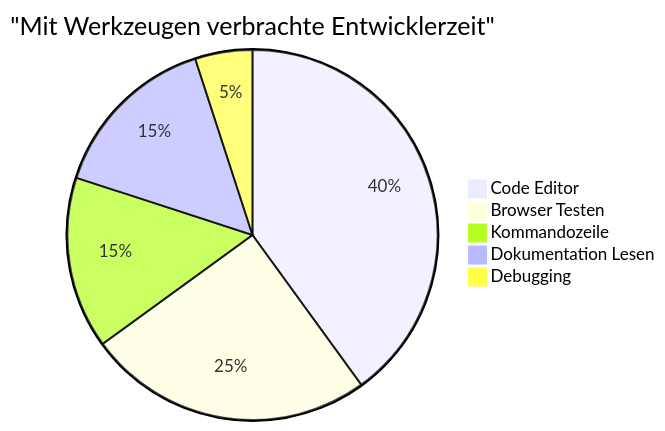
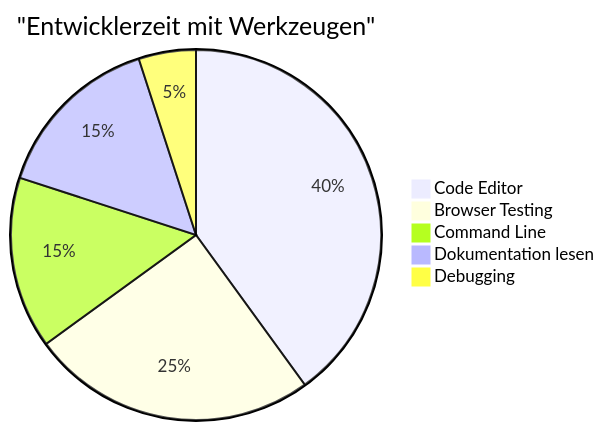
Before and after one commit to microsoft/Web-Dev-For-Beginners: the sixth of 7 diagrams in translations/de/1-getting-started-lessons/1-intro-to-programming-languages/README.md, drawn with Mermaid. The commit also changed other lines of this file and 11 other files, not shown here.

````diff
--- a/translations/de/1-getting-started-lessons/1-intro-to-programming-languages/README.md
+++ b/translations/de/1-getting-started-lessons/1-intro-to-programming-languages/README.md
@@ -713,8 +711,8 @@
 ```mermaid
-pie title "Mit Werkzeugen verbrachte Entwicklerzeit"
+pie title "Entwicklerzeit mit Werkzeugen"
     "Code Editor" : 40
-    "Browser Testen" : 25
-    "Kommandozeile" : 15
-    "Dokumentation Lesen" : 15
+    "Browser Testing" : 25
+    "Command Line" : 15
+    "Dokumentation lesen" : 15
     "Debugging" : 5
 ```
````
